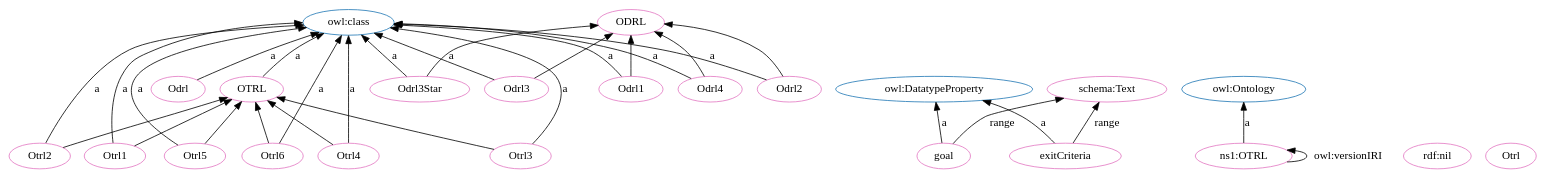
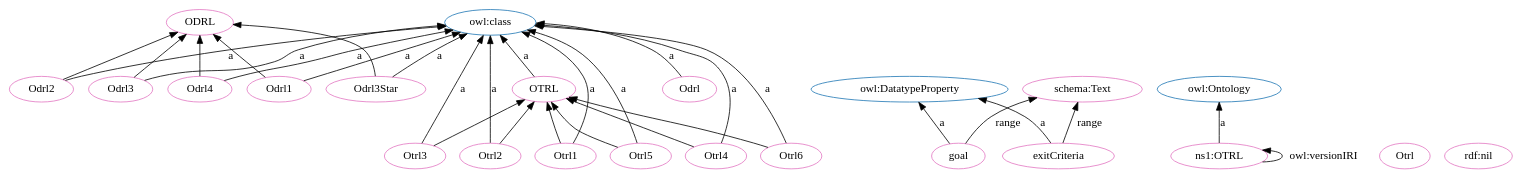
Before and after one commit to OPEN-NEXT/OKH-LOSH: the diagram in OTRL.dot, drawn with Graphviz. The commit also changed other lines of this file and 15 other files, not shown here.

```diff
--- a/OTRL.dot
+++ b/OTRL.dot
@@ -1,59 +1,59 @@
 digraph G {
   rankdir=BT
   node[height=.3]
 "http://purl.org/oseg/ontologies/OTRL#OTRL" [fillcolor="#1f77b4" color="#1f77b4" label="OTRL"]
+"http://www.w3.org/2002/07/owl#DatatypeProperty" [fillcolor="#1f77b4" color="#1f77b4" label="owl:DatatypeProperty"]
 "http://www.w3.org/2002/07/owl#class" [fillcolor="#1f77b4" color="#1f77b4" label="owl:class"]
-"http://www.w3.org/2002/07/owl#DatatypeProperty" [fillcolor="#1f77b4" color="#1f77b4" label="owl:DatatypeProperty"]
+"http://purl.org/oseg/ontologies/OTRL#ODRL" [fillcolor="#1f77b4" color="#1f77b4" label="ODRL"]
 "http://www.w3.org/2002/07/owl#Ontology" [fillcolor="#1f77b4" color="#1f77b4" label="owl:Ontology"]
-"http://purl.org/oseg/ontologies/OTRL#ODRL" [fillcolor="#1f77b4" color="#1f77b4" label="ODRL"]
+"http://purl.org/oseg/ontologies/OTRL#Odrl2" [fillcolor="#e377c2" color="#e377c2" label="Odrl2"]
+"http://schema.org/Text" [fillcolor="#e377c2" color="#e377c2" label="schema:Text"]
+"http://purl.org/oseg/ontologies/OTRL#goal" [fillcolor="#e377c2" color="#e377c2" label="goal"]
+"http://purl.org/oseg/ontologies/OTRL#ODRL" [fillcolor="#e377c2" color="#e377c2" label="ODRL"]
+"http://purl.org/oseg/ontologies/OTRL#OTRL" [fillcolor="#e377c2" color="#e377c2" label="OTRL"]
+"http://purl.org/oseg/ontologies/OTRL#Otrl" [fillcolor="#e377c2" color="#e377c2" label="Otrl"]
+"http://purl.org/oseg/ontologies/OTRL" [fillcolor="#e377c2" color="#e377c2" label="ns1:OTRL"]
+"http://purl.org/oseg/ontologies/OTRL#Odrl" [fillcolor="#e377c2" color="#e377c2" label="Odrl"]
+"http://purl.org/oseg/ontologies/OTRL#Odrl1" [fillcolor="#e377c2" color="#e377c2" label="Odrl1"]
+"http://purl.org/oseg/ontologies/OTRL#Odrl3Star" [fillcolor="#e377c2" color="#e377c2" label="Odrl3Star"]
+"http://purl.org/oseg/ontologies/OTRL#exitCriteria" [fillcolor="#e377c2" color="#e377c2" label="exitCriteria"]
+"http://www.w3.org/1999/02/22-rdf-syntax-ns#nil" [fillcolor="#e377c2" color="#e377c2" label="rdf:nil"]
+"http://purl.org/oseg/ontologies/OTRL#Odrl4" [fillcolor="#e377c2" color="#e377c2" label="Odrl4"]
+"http://purl.org/oseg/ontologies/OTRL#Otrl1" [fillcolor="#e377c2" color="#e377c2" label="Otrl1"]
+"http://purl.org/oseg/ontologies/OTRL#Odrl3" [fillcolor="#e377c2" color="#e377c2" label="Odrl3"]
+"http://purl.org/oseg/ontologies/OTRL#Otrl6" [fillcolor="#e377c2" color="#e377c2" label="Otrl6"]
 "http://purl.org/oseg/ontologies/OTRL#Otrl3" [fillcolor="#e377c2" color="#e377c2" label="Otrl3"]
-"http://purl.org/oseg/ontologies/OTRL#Odrl" [fillcolor="#e377c2" color="#e377c2" label="Odrl"]
 "http://purl.org/oseg/ontologies/OTRL#Otrl2" [fillcolor="#e377c2" color="#e377c2" label="Otrl2"]
-"http://purl.org/oseg/ontologies/OTRL#Odrl2" [fillcolor="#e377c2" color="#e377c2" label="Odrl2"]
-"http://purl.org/oseg/ontologies/OTRL#Odrl3Star" [fillcolor="#e377c2" color="#e377c2" label="Odrl3Star"]
-"http://purl.org/oseg/ontologies/OTRL#ODRL" [fillcolor="#e377c2" color="#e377c2" label="ODRL"]
 "http://purl.org/oseg/ontologies/OTRL#Otrl4" [fillcolor="#e377c2" color="#e377c2" label="Otrl4"]
-"http://purl.org/oseg/ontologies/OTRL#Odrl4" [fillcolor="#e377c2" color="#e377c2" label="Odrl4"]
-"http://purl.org/oseg/ontologies/OTRL#Odrl3" [fillcolor="#e377c2" color="#e377c2" label="Odrl3"]
-"http://www.w3.org/1999/02/22-rdf-syntax-ns#nil" [fillcolor="#e377c2" color="#e377c2" label="rdf:nil"]
-"http://purl.org/oseg/ontologies/OTRL" [fillcolor="#e377c2" color="#e377c2" label="ns1:OTRL"]
-"http://purl.org/oseg/ontologies/OTRL#goal" [fillcolor="#e377c2" color="#e377c2" label="goal"]
-"http://purl.org/oseg/ontologies/OTRL#OTRL" [fillcolor="#e377c2" color="#e377c2" label="OTRL"]
-"http://purl.org/oseg/ontologies/OTRL#Otrl1" [fillcolor="#e377c2" color="#e377c2" label="Otrl1"]
-"http://purl.org/oseg/ontologies/OTRL#exitCriteria" [fillcolor="#e377c2" color="#e377c2" label="exitCriteria"]
-"http://purl.org/oseg/ontologies/OTRL#Otrl6" [fillcolor="#e377c2" color="#e377c2" label="Otrl6"]
-"http://purl.org/oseg/ontologies/OTRL#Otrl" [fillcolor="#e377c2" color="#e377c2" label="Otrl"]
-"http://schema.org/Text" [fillcolor="#e377c2" color="#e377c2" label="schema:Text"]
-"http://purl.org/oseg/ontologies/OTRL#Odrl1" [fillcolor="#e377c2" color="#e377c2" label="Odrl1"]
 "http://purl.org/oseg/ontologies/OTRL#Otrl5" [fillcolor="#e377c2" color="#e377c2" label="Otrl5"]
+  "http://purl.org/oseg/ontologies/OTRL#Odrl2" -> "http://www.w3.org/2002/07/owl#class" [label="a"]
+  "http://purl.org/oseg/ontologies/OTRL#exitCriteria" -> "http://schema.org/Text" [label="range"]
+  "http://purl.org/oseg/ontologies/OTRL#goal" -> "http://www.w3.org/2002/07/owl#DatatypeProperty" [label="a"]
+  "http://purl.org/oseg/ontologies/OTRL#Odrl4" -> "http://purl.org/oseg/ontologies/OTRL#ODRL" [label=""]
+  "http://purl.org/oseg/ontologies/OTRL#Otrl4" -> "http://purl.org/oseg/ontologies/OTRL#OTRL" [label=""]
+  "http://purl.org/oseg/ontologies/OTRL" -> "http://www.w3.org/2002/07/owl#Ontology" [label="a"]
+  "http://purl.org/oseg/ontologies/OTRL#Odrl3Star" -> "http://www.w3.org/2002/07/owl#class" [label="a"]
+  "http://purl.org/oseg/ontologies/OTRL#Odrl3" -> "http://purl.org/oseg/ontologies/OTRL#ODRL" [label=""]
+  "http://purl.org/oseg/ontologies/OTRL#exitCriteria" -> "http://www.w3.org/2002/07/owl#DatatypeProperty" [label="a"]
+  "http://purl.org/oseg/ontologies/OTRL#Odrl4" -> "http://www.w3.org/2002/07/owl#class" [label="a"]
+  "http://purl.org/oseg/ontologies/OTRL#Odrl3" -> "http://www.w3.org/2002/07/owl#class" [label="a"]
+  "http://purl.org/oseg/ontologies/OTRL#OTRL" -> "http://www.w3.org/2002/07/owl#class" [label="a"]
+  "http://purl.org/oseg/ontologies/OTRL#Otrl6" -> "http://purl.org/oseg/ontologies/OTRL#OTRL" [label=""]
+  "http://purl.org/oseg/ontologies/OTRL#Otrl2" -> "http://www.w3.org/2002/07/owl#class" [label="a"]
+  "http://purl.org/oseg/ontologies/OTRL#Otrl4" -> "http://www.w3.org/2002/07/owl#class" [label="a"]
+  "http://purl.org/oseg/ontologies/OTRL#Otrl5" -> "http://www.w3.org/2002/07/owl#class" [label="a"]
+  "http://purl.org/oseg/ontologies/OTRL" -> "http://purl.org/oseg/ontologies/OTRL" [label="owl:versionIRI"]
+  "http://purl.org/oseg/ontologies/OTRL#Otrl2" -> "http://purl.org/oseg/ontologies/OTRL#OTRL" [label=""]
+  "http://purl.org/oseg/ontologies/OTRL#Otrl1" -> "http://purl.org/oseg/ontologies/OTRL#OTRL" [label=""]
+  "http://purl.org/oseg/ontologies/OTRL#Odrl1" -> "http://www.w3.org/2002/07/owl#class" [label="a"]
+  "http://purl.org/oseg/ontologies/OTRL#goal" -> "http://schema.org/Text" [label="range"]
+  "http://purl.org/oseg/ontologies/OTRL#Otrl5" -> "http://purl.org/oseg/ontologies/OTRL#OTRL" [label=""]
+  "http://purl.org/oseg/ontologies/OTRL#Otrl1" -> "http://www.w3.org/2002/07/owl#class" [label="a"]
+  "http://purl.org/oseg/ontologies/OTRL#Otrl6" -> "http://www.w3.org/2002/07/owl#class" [label="a"]
+  "http://purl.org/oseg/ontologies/OTRL#Odrl1" -> "http://purl.org/oseg/ontologies/OTRL#ODRL" [label=""]
+  "http://purl.org/oseg/ontologies/OTRL#Odrl3Star" -> "http://purl.org/oseg/ontologies/OTRL#ODRL" [label=""]
+  "http://purl.org/oseg/ontologies/OTRL#Otrl3" -> "http://purl.org/oseg/ontologies/OTRL#OTRL" [label=""]
+  "http://purl.org/oseg/ontologies/OTRL#Odrl" -> "http://www.w3.org/2002/07/owl#class" [label="a"]
   "http://purl.org/oseg/ontologies/OTRL#Otrl3" -> "http://www.w3.org/2002/07/owl#class" [label="a"]
-  "http://purl.org/oseg/ontologies/OTRL#Odrl2" -> "http://www.w3.org/2002/07/owl#class" [label="a"]
-  "http://purl.org/oseg/ontologies/OTRL#Odrl3Star" -> "http://purl.org/oseg/ontologies/OTRL#ODRL" [label=""]
-  "http://purl.org/oseg/ontologies/OTRL#Otrl4" -> "http://www.w3.org/2002/07/owl#class" [label="a"]
-  "http://purl.org/oseg/ontologies/OTRL#Odrl4" -> "http://www.w3.org/2002/07/owl#class" [label="a"]
-  "http://purl.org/oseg/ontologies/OTRL#goal" -> "http://www.w3.org/2002/07/owl#DatatypeProperty" [label="a"]
-  "http://purl.org/oseg/ontologies/OTRL#Otrl6" -> "http://purl.org/oseg/ontologies/OTRL#OTRL" [label=""]
-  "http://purl.org/oseg/ontologies/OTRL#Otrl1" -> "http://www.w3.org/2002/07/owl#class" [label="a"]
-  "http://purl.org/oseg/ontologies/OTRL#Otrl5" -> "http://purl.org/oseg/ontologies/OTRL#OTRL" [label=""]
-  "http://purl.org/oseg/ontologies/OTRL#Otrl1" -> "http://purl.org/oseg/ontologies/OTRL#OTRL" [label=""]
-  "http://purl.org/oseg/ontologies/OTRL" -> "http://purl.org/oseg/ontologies/OTRL" [label="owl:versionIRI"]
   "http://purl.org/oseg/ontologies/OTRL#Odrl2" -> "http://purl.org/oseg/ontologies/OTRL#ODRL" [label=""]
-  "http://purl.org/oseg/ontologies/OTRL#exitCriteria" -> "http://www.w3.org/2002/07/owl#DatatypeProperty" [label="a"]
-  "http://purl.org/oseg/ontologies/OTRL#Otrl3" -> "http://purl.org/oseg/ontologies/OTRL#OTRL" [label=""]
-  "http://purl.org/oseg/ontologies/OTRL#Otrl6" -> "http://www.w3.org/2002/07/owl#class" [label="a"]
-  "http://purl.org/oseg/ontologies/OTRL#Otrl2" -> "http://purl.org/oseg/ontologies/OTRL#OTRL" [label=""]
-  "http://purl.org/oseg/ontologies/OTRL#Odrl1" -> "http://www.w3.org/2002/07/owl#class" [label="a"]
-  "http://purl.org/oseg/ontologies/OTRL#Otrl5" -> "http://www.w3.org/2002/07/owl#class" [label="a"]
-  "http://purl.org/oseg/ontologies/OTRL#Odrl" -> "http://www.w3.org/2002/07/owl#class" [label="a"]
-  "http://purl.org/oseg/ontologies/OTRL#Otrl2" -> "http://www.w3.org/2002/07/owl#class" [label="a"]
-  "http://purl.org/oseg/ontologies/OTRL#Odrl3Star" -> "http://www.w3.org/2002/07/owl#class" [label="a"]
-  "http://purl.org/oseg/ontologies/OTRL#Odrl3" -> "http://www.w3.org/2002/07/owl#class" [label="a"]
-  "http://purl.org/oseg/ontologies/OTRL#Odrl4" -> "http://purl.org/oseg/ontologies/OTRL#ODRL" [label=""]
-  "http://purl.org/oseg/ontologies/OTRL#Odrl1" -> "http://purl.org/oseg/ontologies/OTRL#ODRL" [label=""]
-  "http://purl.org/oseg/ontologies/OTRL" -> "http://www.w3.org/2002/07/owl#Ontology" [label="a"]
-  "http://purl.org/oseg/ontologies/OTRL#exitCriteria" -> "http://schema.org/Text" [label="range"]
-  "http://purl.org/oseg/ontologies/OTRL#Odrl3" -> "http://purl.org/oseg/ontologies/OTRL#ODRL" [label=""]
-  "http://purl.org/oseg/ontologies/OTRL#OTRL" -> "http://www.w3.org/2002/07/owl#class" [label="a"]
-  "http://purl.org/oseg/ontologies/OTRL#Otrl4" -> "http://purl.org/oseg/ontologies/OTRL#OTRL" [label=""]
-  "http://purl.org/oseg/ontologies/OTRL#goal" -> "http://schema.org/Text" [label="range"]
 }
```
